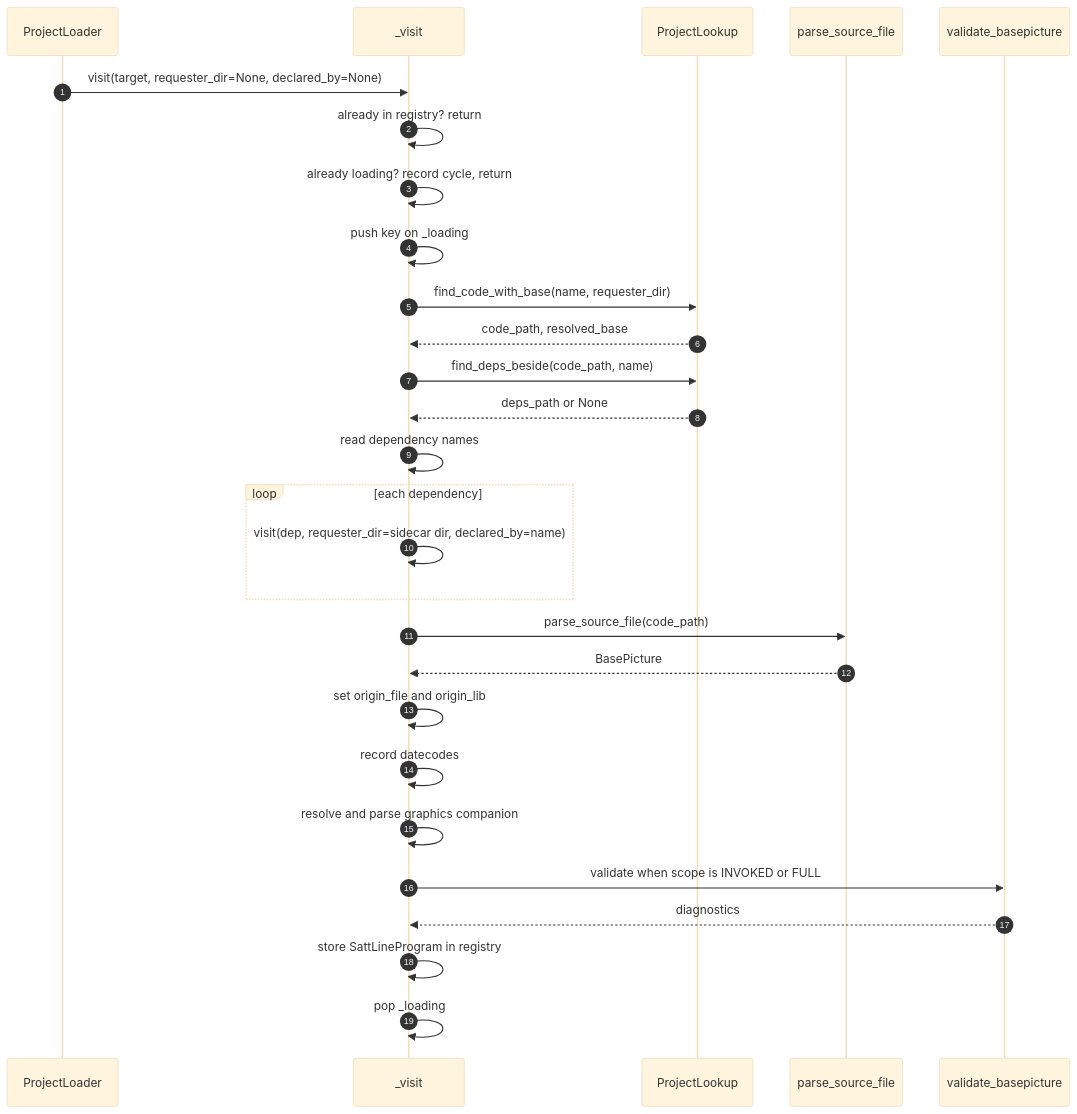
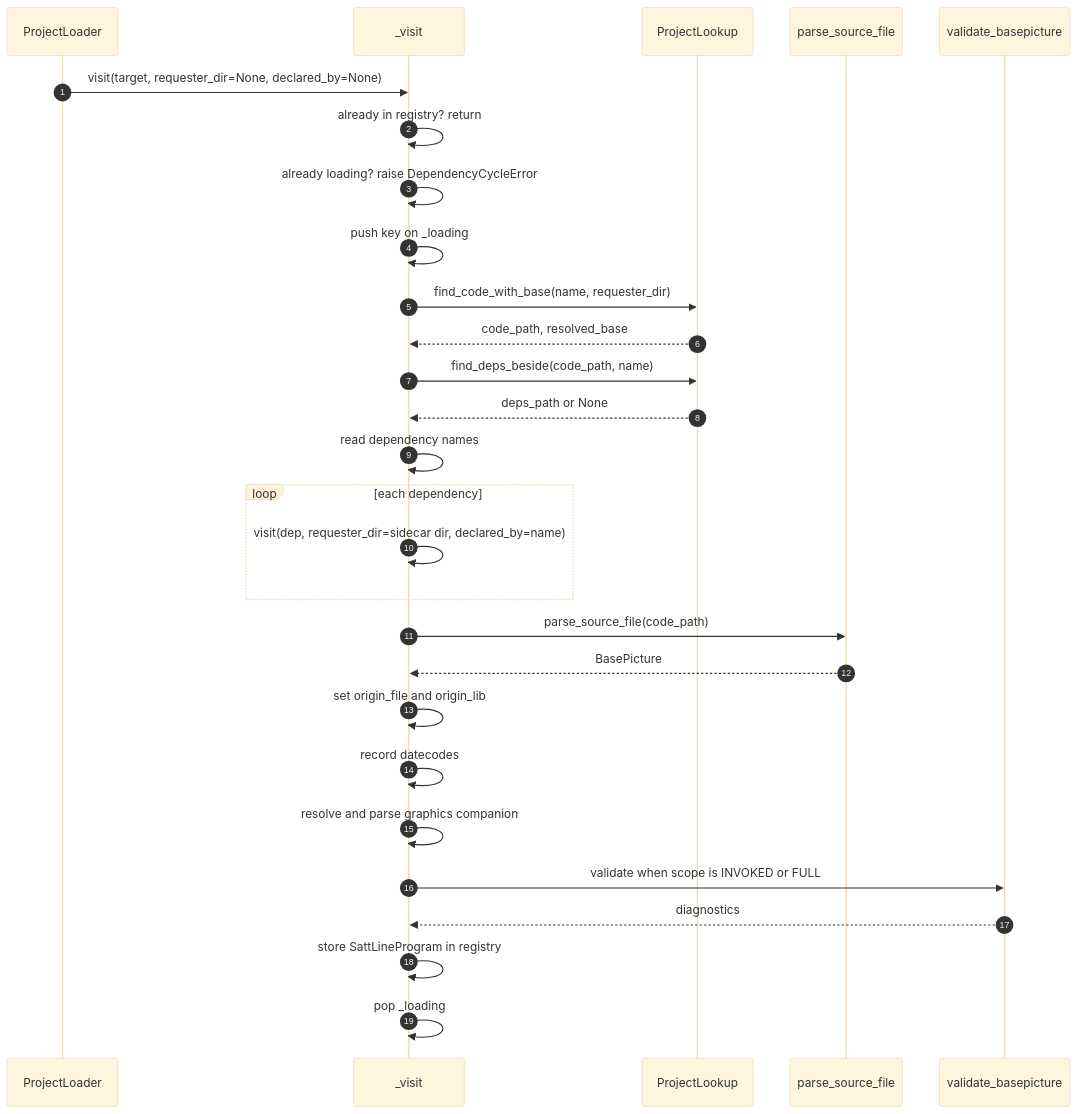
The third of 6 diagrams in docs/project.md (SorenHJohansen/sattline-parser), drawn with Mermaid (base theme) before and after one commit. The commit also changed other lines of this file and 14 other files, not shown here.

````diff
--- a/docs/project.md
+++ b/docs/project.md
@@ -76,31 +76,31 @@
 ```mermaid
 sequenceDiagram
     autonumber
     participant L as ProjectLoader
     participant V as _visit
     participant F as ProjectLookup
     participant P as parse_source_file
     participant VAL as validate_basepicture
 
     L->>V: visit(target, requester_dir=None, declared_by=None)
     V->>V: already in registry? return
-    V->>V: already loading? record cycle, return
+    V->>V: already loading? raise DependencyCycleError
     V->>V: push key on _loading
     V->>F: find_code_with_base(name, requester_dir)
     F-->>V: code_path, resolved_base
     V->>F: find_deps_beside(code_path, name)
     F-->>V: deps_path or None
     V->>V: read dependency names
     loop each dependency
         V->>V: visit(dep, requester_dir=sidecar dir, declared_by=name)
     end
     V->>P: parse_source_file(code_path)
     P-->>V: BasePicture
     V->>V: set origin_file and origin_lib
     V->>V: record datecodes
     V->>V: resolve and parse graphics companion
     V->>VAL: validate when scope is INVOKED or FULL
     VAL-->>V: diagnostics
     V->>V: store SattLineProgram in registry
     V->>V: pop _loading
 ```
````
